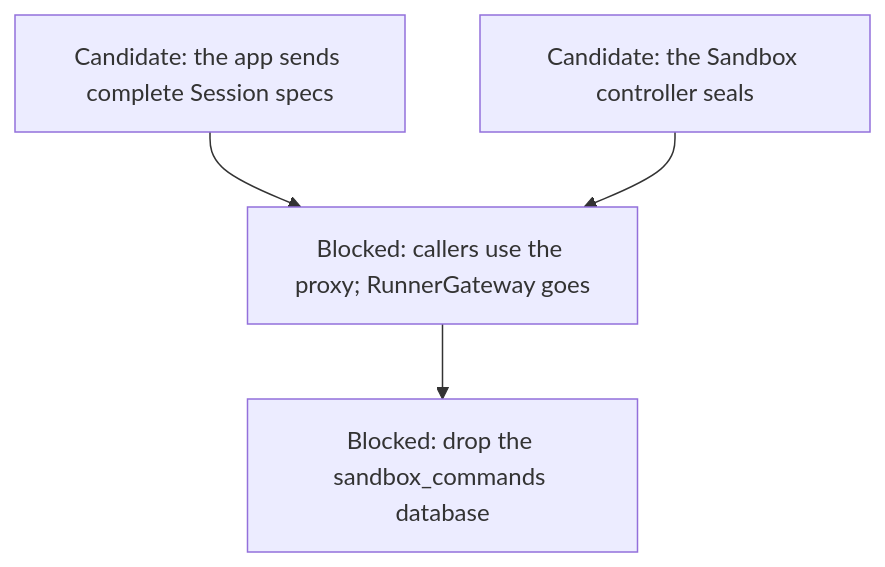
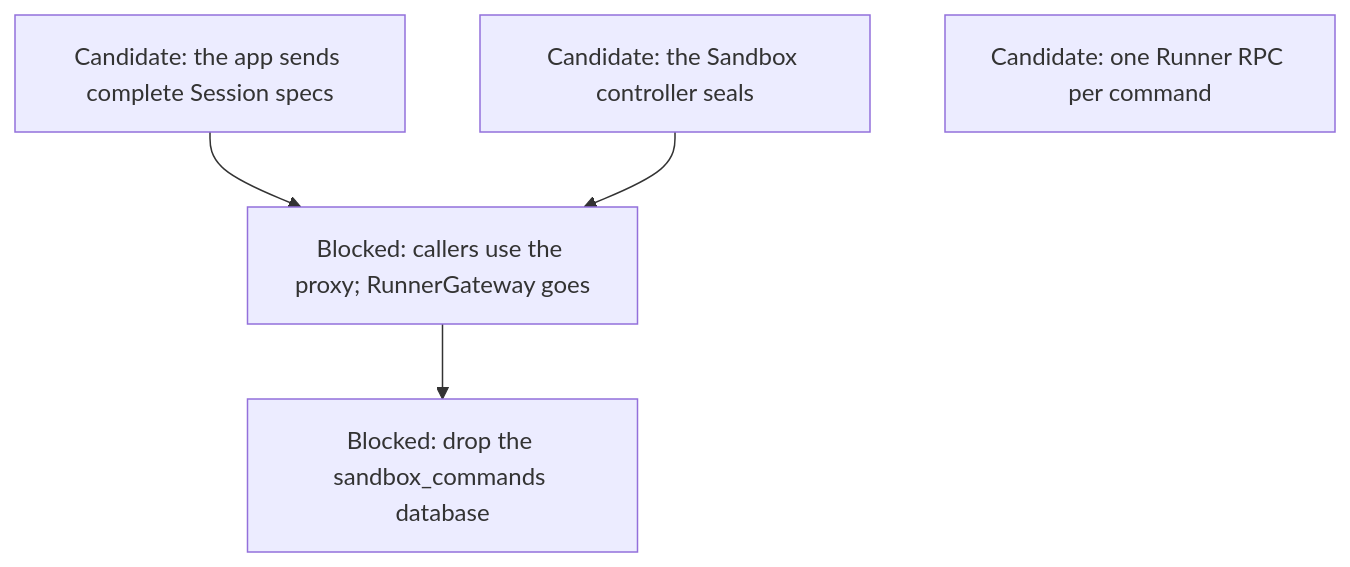
Diagram 14 of 14 in agentplane/plans/task_dag.md (agentydragon-agent/ducktape), drawn with Mermaid before and after one commit. The commit also changed other lines of this file, not shown here.

First line of the commit message:
agentplane/plans: one Runner RPC per command (#10343)

````diff
--- a/agentplane/plans/task_dag.md
+++ b/agentplane/plans/task_dag.md
@@ -1273,10 +1282,11 @@
 ```mermaid
 flowchart TD
     APP_SESSION_DEFAULTS[Candidate: the app sends complete Session specs]
     CONTROLLER_SEALS[Candidate: the Sandbox controller seals]
+    RUNNER_COMMAND_RPCS[Candidate: one Runner RPC per command]
     GATEWAY_WRAPPER_RETIRE[Blocked: callers use the proxy; RunnerGateway goes]
     GATEWAY_DATABASE_DROP[Blocked: drop the sandbox_commands database]
     APP_SESSION_DEFAULTS --> GATEWAY_WRAPPER_RETIRE
     CONTROLLER_SEALS --> GATEWAY_WRAPPER_RETIRE
     GATEWAY_WRAPPER_RETIRE --> GATEWAY_DATABASE_DROP
 ```
````
